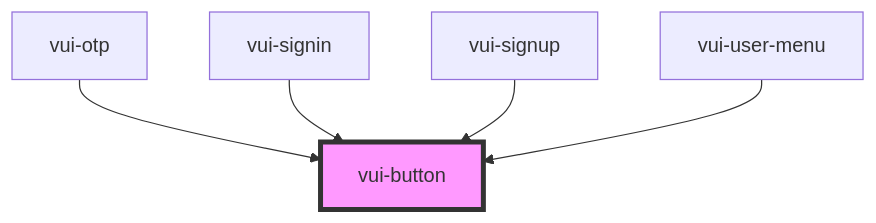
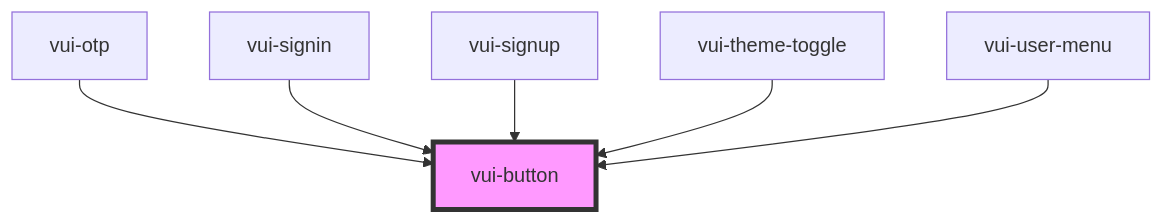
The diagram in packages/stencil-library/src/components/button/readme.md (verite-team/verite-elements), drawn with Mermaid before and after one commit. The commit also changed other lines of this file and 52 other files, not shown here.

````diff
--- a/packages/stencil-library/src/components/button/readme.md
+++ b/packages/stencil-library/src/components/button/readme.md
@@ -45,8 +46,9 @@
 ```mermaid
 graph TD;
   vui-otp --> vui-button
   vui-signin --> vui-button
   vui-signup --> vui-button
+  vui-theme-toggle --> vui-button
   vui-user-menu --> vui-button
   style vui-button fill:#f9f,stroke:#333,stroke-width:4px
 ```
````
